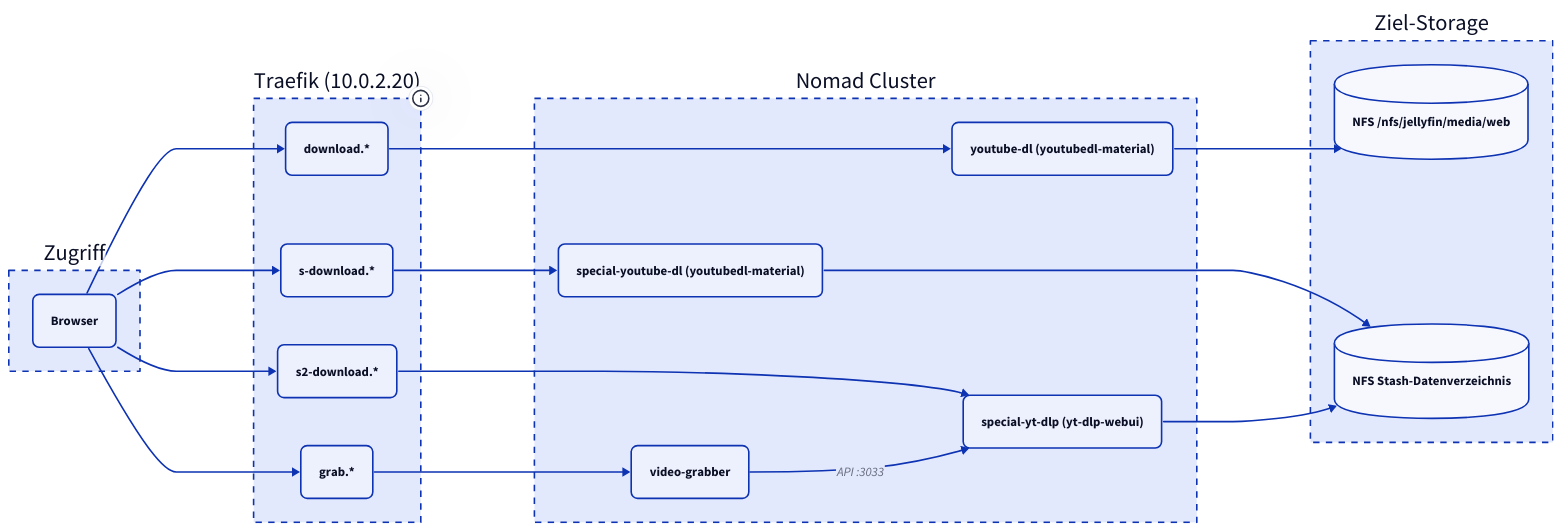
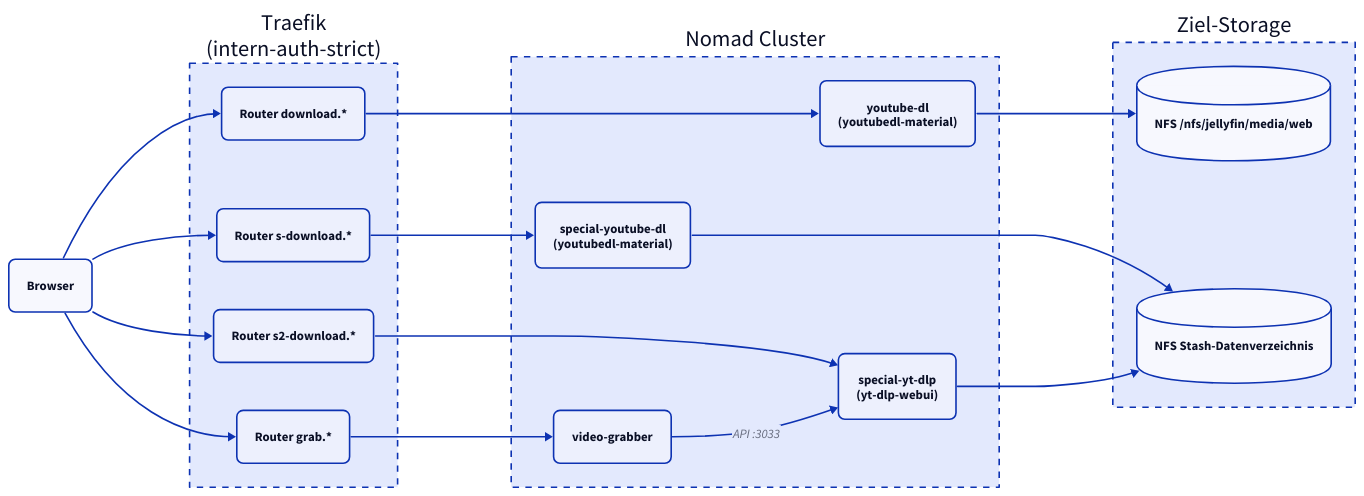
The diagram in docs/video-download/index.md (derever-labs/homelab-wiki), drawn with D2 before and after one commit. The commit also changed 11 other files, not shown here.

First line of the commit message:
docs(apps): Diagramme fuer TALA ueberarbeiten (Batch B5) (#101)

````diff
--- a/docs/video-download/index.md
+++ b/docs/video-download/index.md
@@ -26,44 +26,40 @@
 ```d2
 direction: right
 
-Clients: Zugriff {
+Browser: Browser { style.border-radius: 8 }
+
+Traefik: "Traefik\n(intern-auth-strict)" {
   style.stroke-dash: 4
-  Browser: Browser { style.border-radius: 8 }
-}
-
-Traefik: "Traefik (10.0.2.20)" {
-  style.stroke-dash: 4
-  tooltip: "10.0.2.20"
-  T1: "download.*" { style.border-radius: 8 }
-  T2: "s-download.*" { style.border-radius: 8 }
-  T3: "s2-download.*" { style.border-radius: 8 }
-  T4: "grab.*" { style.border-radius: 8 }
+  T1: "Router download.*" { style.border-radius: 8 }
+  T2: "Router s-download.*" { style.border-radius: 8 }
+  T3: "Router s2-download.*" { style.border-radius: 8 }
+  T4: "Router grab.*" { style.border-radius: 8 }
 }
 
 Nomad: Nomad Cluster {
   style.stroke-dash: 4
-  YDL: "youtube-dl (youtubedl-material)" { style.border-radius: 8 }
-  SYDL: "special-youtube-dl (youtubedl-material)" { style.border-radius: 8 }
-  SYTDLP: "special-yt-dlp (yt-dlp-webui)" { style.border-radius: 8 }
+  YDL: "youtube-dl\n(youtubedl-material)" { style.border-radius: 8 }
+  SYDL: "special-youtube-dl\n(youtubedl-material)" { style.border-radius: 8 }
+  SYTDLP: "special-yt-dlp\n(yt-dlp-webui)" { style.border-radius: 8 }
   VG: video-grabber { style.border-radius: 8 }
 }
 
 Storage: Ziel-Storage {
   style.stroke-dash: 4
   JF: "NFS /nfs/jellyfin/media/web" { shape: cylinder }
   ST: "NFS Stash-Datenverzeichnis" { shape: cylinder }
 }
 
-Clients.Browser -> Traefik.T1
-Clients.Browser -> Traefik.T2
-Clients.Browser -> Traefik.T3
-Clients.Browser -> Traefik.T4
+Browser -> Traefik.T1
+Browser -> Traefik.T2
+Browser -> Traefik.T3
+Browser -> Traefik.T4
 Traefik.T1 -> Nomad.YDL
 Traefik.T2 -> Nomad.SYDL
 Traefik.T3 -> Nomad.SYTDLP
 Traefik.T4 -> Nomad.VG
 Nomad.VG -> Nomad.SYTDLP: "API :3033"
 Nomad.YDL -> Storage.JF
 Nomad.SYDL -> Storage.ST
 Nomad.SYTDLP -> Storage.ST
 ```
````
